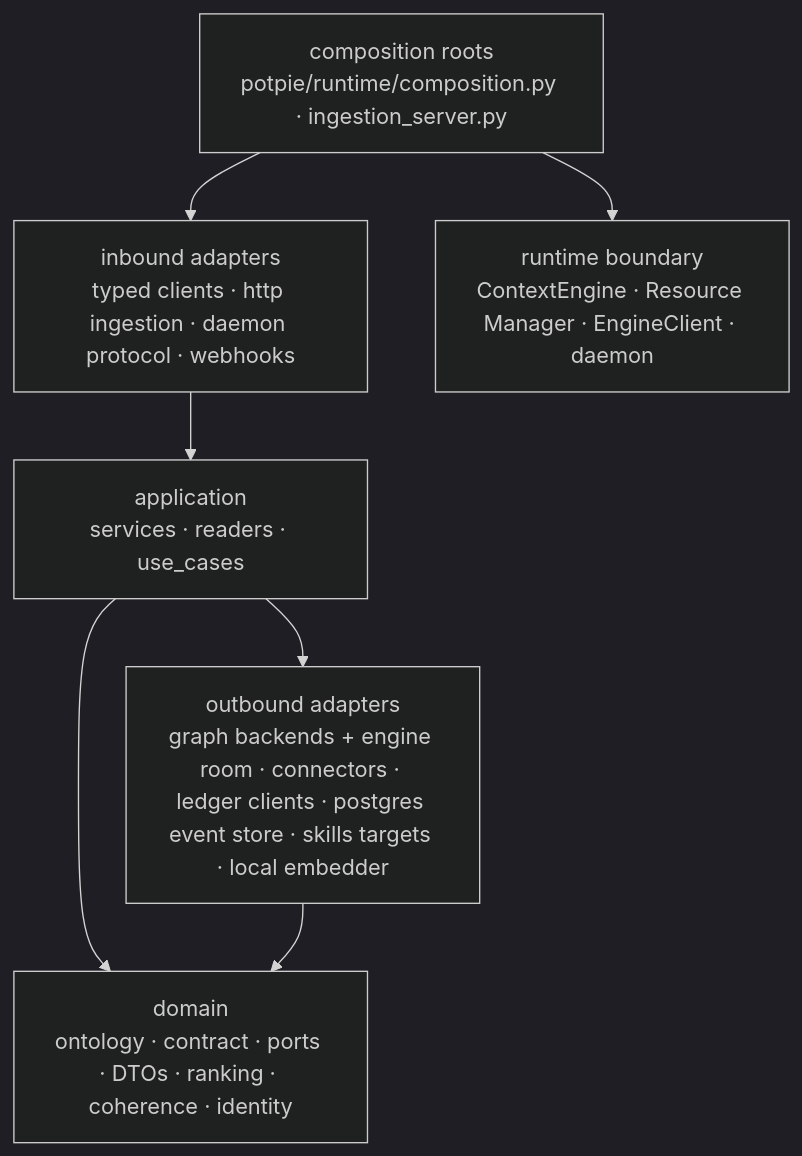
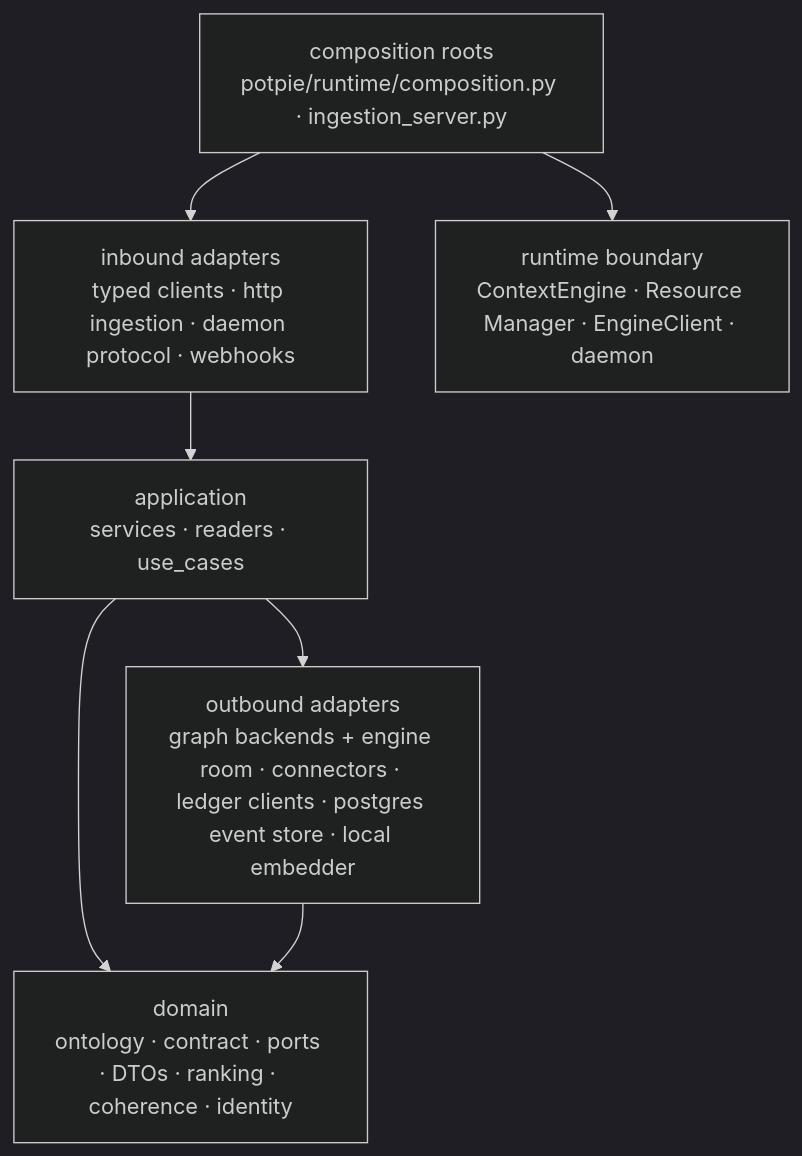
The first of 5 diagrams in docs/context-graph/architecture.md (potpie-ai/potpie), drawn with Mermaid (dark theme) before and after one commit. The commit also changed other lines of this file and 11 other files, not shown here.

````diff
--- a/docs/context-graph/architecture.md
+++ b/docs/context-graph/architecture.md
@@ -32,16 +32,16 @@
 ```mermaid
 flowchart TB
   cg_inbound["inbound adapters<br/>typed clients · http ingestion · daemon protocol · webhooks"]
   cg_app["application<br/>services · readers · use_cases"]
   cg_domain["domain<br/>ontology · contract · ports · DTOs · ranking · coherence · identity"]
-  cg_outbound["outbound adapters<br/>graph backends + engine room · connectors · ledger clients · postgres event store · skills targets · local embedder"]
+  cg_outbound["outbound adapters<br/>graph backends + engine room · connectors · ledger clients · postgres event store · local embedder"]
   cg_boot["composition roots<br/>potpie/runtime/composition.py · ingestion_server.py"]
   cg_host["runtime boundary<br/>ContextEngine · Resource Manager · EngineClient · daemon"]
 
   cg_boot --> cg_host
   cg_boot --> cg_inbound
   cg_inbound --> cg_app
   cg_app --> cg_domain
   cg_app --> cg_outbound
   cg_outbound --> cg_domain
 ```
````
